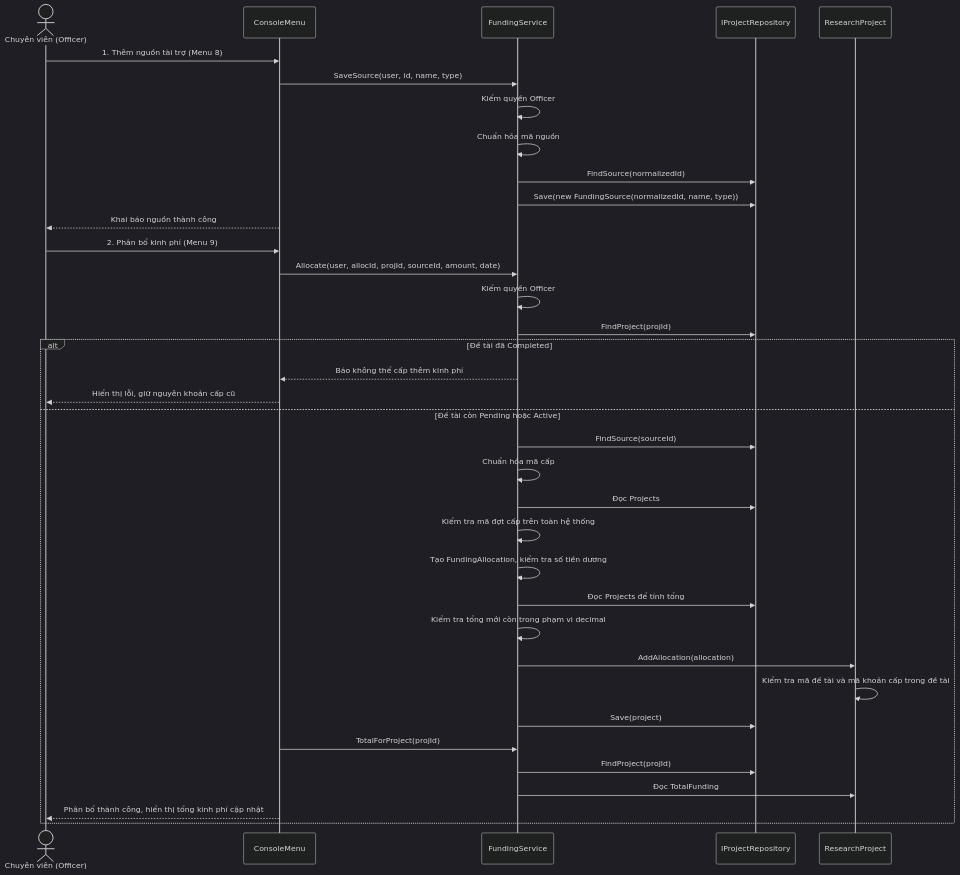
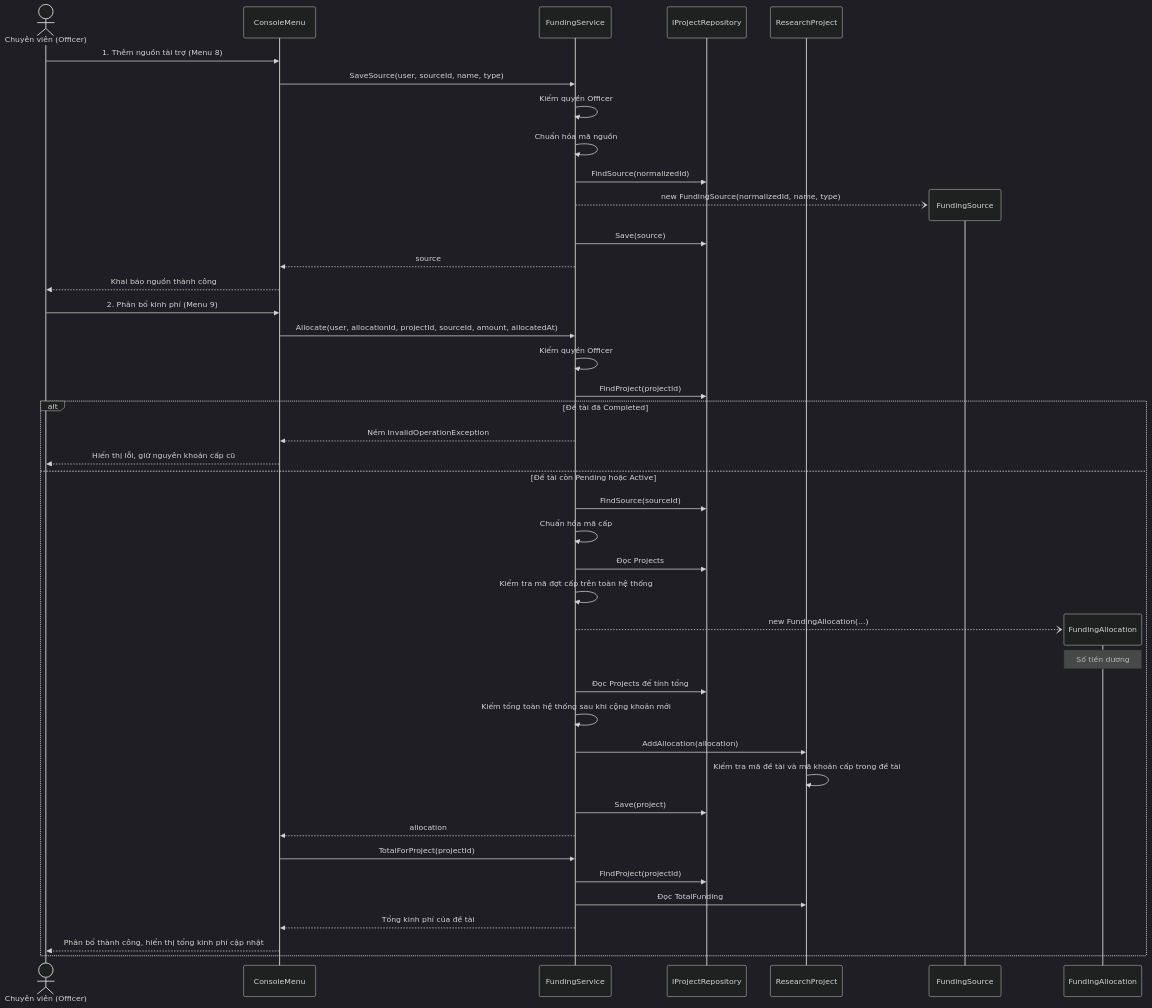
One commit to PKT-zZ/QLNCKH_OOP_FINAL changed the eighth of 10 diagrams in docs/uml.md. Above: the diagram before and after it, drawn with Mermaid (dark theme). The commit also changed other lines of this file and 1 other file, not shown here.

Commit message:
docs: align use cases and UML with implementation

````diff
--- a/docs/uml.md
+++ b/docs/uml.md
@@ -608,42 +629,49 @@
 ```mermaid
 sequenceDiagram
     actor CV as Chuyên viên (Officer)
     participant UI as ConsoleMenu
     participant FS as FundingService
     participant Repo as IProjectRepository
     participant P as ResearchProject
 
     %% Khai báo nguồn
     CV->>UI: 1. Thêm nguồn tài trợ (Menu 8)
-    UI->>FS: SaveSource(user, id, name, type)
+    UI->>FS: SaveSource(user, sourceId, name, type)
     FS->>FS: Kiểm quyền Officer
     FS->>FS: Chuẩn hóa mã nguồn
     FS->>Repo: FindSource(normalizedId)
-    FS->>Repo: Save(new FundingSource(normalizedId, name, type))
+    create participant Source as FundingSource
+    FS--)Source: new FundingSource(normalizedId, name, type)
+    FS->>Repo: Save(source)
+    FS-->>UI: source
     UI-->>CV: Khai báo nguồn thành công
 
     %% Phân bổ kinh phí
     CV->>UI: 2. Phân bổ kinh phí (Menu 9)
-    UI->>FS: Allocate(user, allocId, projId, sourceId, amount, date)
+    UI->>FS: Allocate(user, allocationId, projectId, sourceId, amount, allocatedAt)
     FS->>FS: Kiểm quyền Officer
-    FS->>Repo: FindProject(projId)
+    FS->>Repo: FindProject(projectId)
     alt Đề tài đã Completed
-        FS-->>UI: Báo không thể cấp thêm kinh phí
+        FS-->>UI: Ném InvalidOperationException
         UI-->>CV: Hiển thị lỗi, giữ nguyên khoản cấp cũ
     else Đề tài còn Pending hoặc Active
         FS->>Repo: FindSource(sourceId)
         FS->>FS: Chuẩn hóa mã cấp
         FS->>Repo: Đọc Projects
         FS->>FS: Kiểm tra mã đợt cấp trên toàn hệ thống
-        FS->>FS: Tạo FundingAllocation, kiểm tra số tiền dương
+        create participant Allocation as FundingAllocation
+        FS--)Allocation: new FundingAllocation(...)
+        Note over Allocation: Số tiền dương
         FS->>Repo: Đọc Projects để tính tổng
-        FS->>FS: Kiểm tra tổng mới còn trong phạm vi decimal
+        FS->>FS: Kiểm tổng toàn hệ thống sau khi cộng khoản mới
         FS->>P: AddAllocation(allocation)
         P->>P: Kiểm tra mã đề tài và mã khoản cấp trong đề tài
         FS->>Repo: Save(project)
-        UI->>FS: TotalForProject(projId)
-        FS->>Repo: FindProject(projId)
+        FS-->>UI: allocation
+        UI->>FS: TotalForProject(projectId)
+        FS->>Repo: FindProject(projectId)
         FS->>P: Đọc TotalFunding
+        FS-->>UI: Tổng kinh phí của đề tài
         UI-->>CV: Phân bổ thành công, hiển thị tổng kinh phí cập nhật
     end
 ```
````
